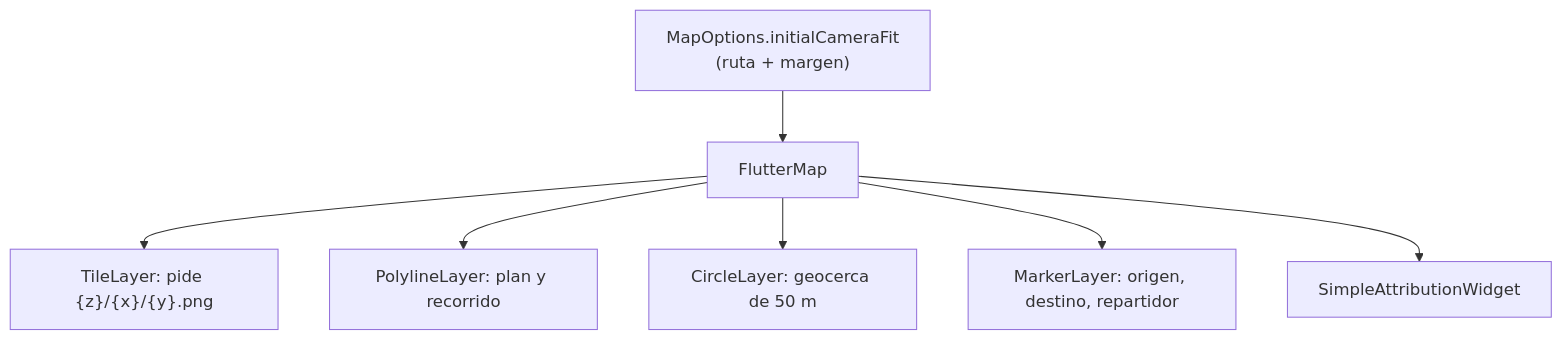
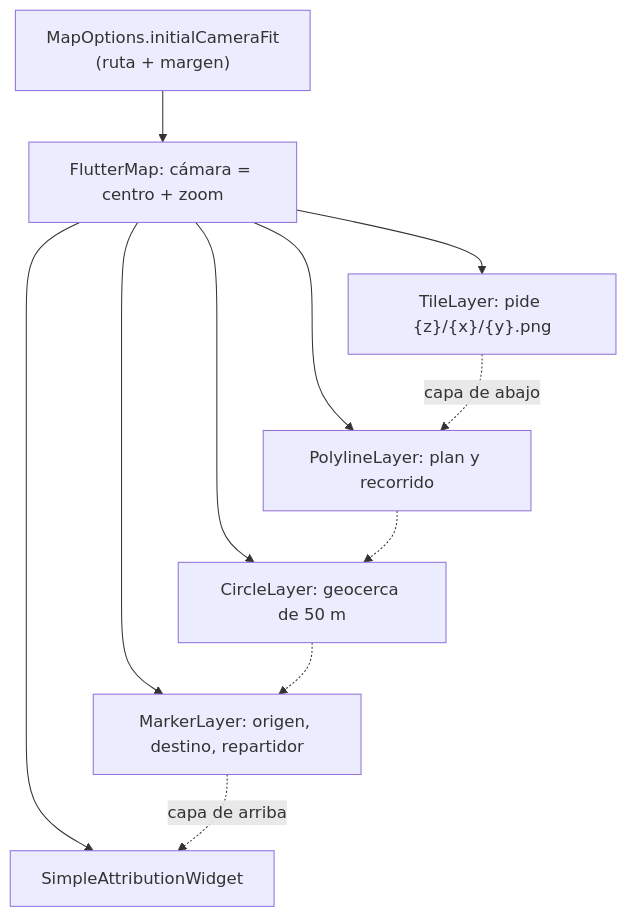
The first of 4 diagrams in web/public/content/flutter/modulo-14.md (NICORUIZ93/The_Imperial_Book), drawn with Mermaid before and after one commit. The commit also changed other lines of this file and 65 other files, not shown here.

````diff
--- a/web/public/content/flutter/modulo-14.md
+++ b/web/public/content/flutter/modulo-14.md
@@ -125,9 +199,10 @@
 ```mermaid
 flowchart TB
-    C["MapOptions.initialCameraFit<br/>(ruta + margen)"] --> M["FlutterMap"]
+    C["MapOptions.initialCameraFit<br/>(ruta + margen)"] --> M["FlutterMap: cámara = centro + zoom"]
     M --> T["TileLayer: pide {z}/{x}/{y}.png"]
     M --> P["PolylineLayer: plan y recorrido"]
     M --> Z["CircleLayer: geocerca de 50 m"]
     M --> K["MarkerLayer: origen, destino, repartidor"]
     M --> A["SimpleAttributionWidget"]
+    T -.->|"capa de abajo"| P -.-> Z -.-> K -.->|"capa de arriba"| A
 ```
````
